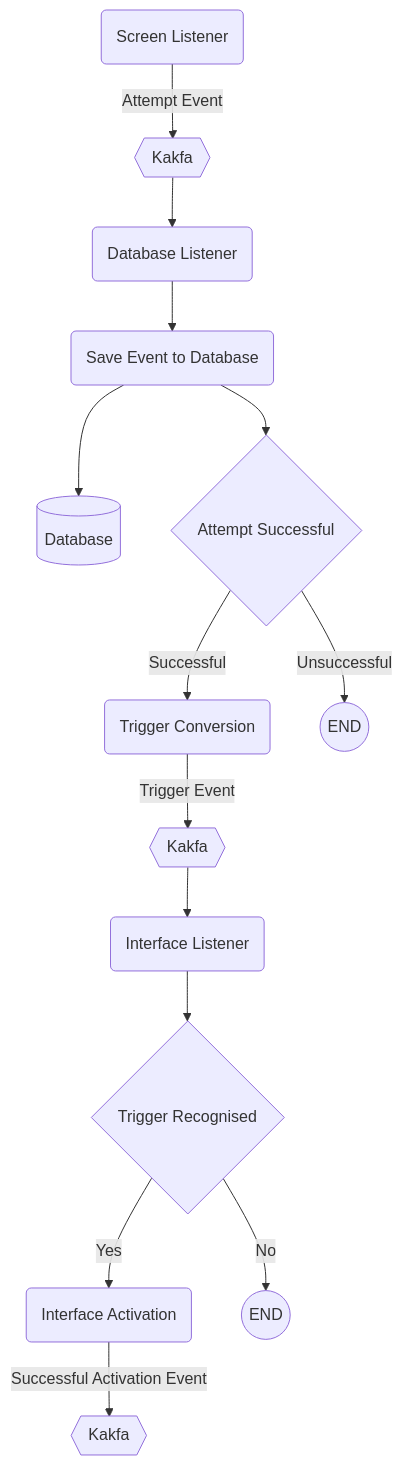
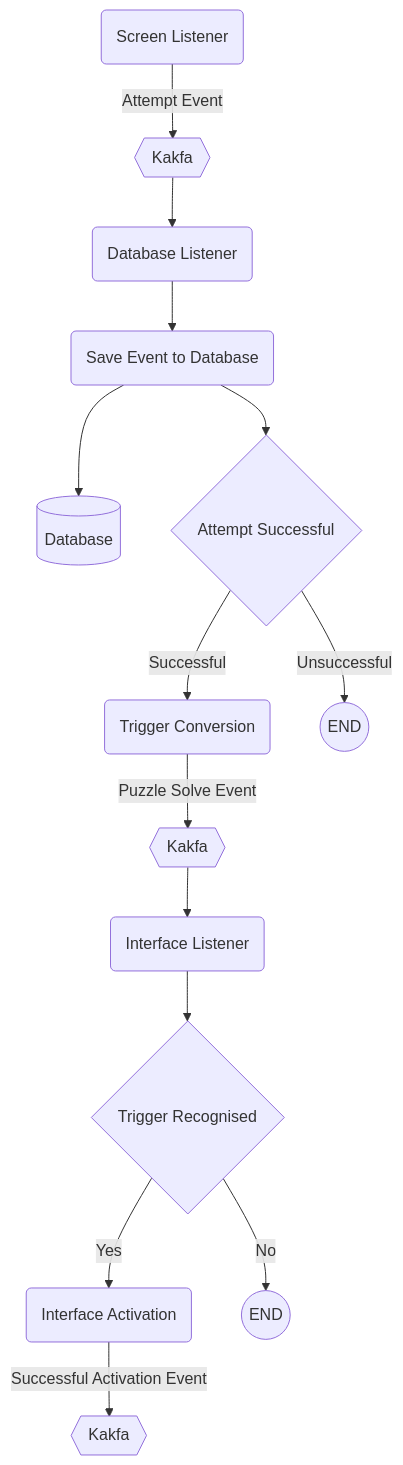
One commit to JacobAGTyler/PuzzleRoomOS changed the diagram in docs/Listener Loop.md. Above: the diagram before and after it, drawn with Mermaid. The commit also changed 57 other files, not shown here.

Commit message:
Updates to Core Flow.

````diff
--- a/docs/Listener Loop.md
+++ b/docs/Listener Loop.md
@@ -9,18 +9,18 @@
 ```mermaid
 flowchart TD
     C(Screen Listener) -->|Attempt Event| K1{{Kakfa}}
     K1 --> D(Database Listener)
     K2{{Kakfa}} --> I(Interface Listener)
 
     D --> E(Save Event to Database)
     E --> ED[(Database)]
     I --> IL{Trigger Recognised}
     IL -->|Yes| F(Interface Activation)
     IL -->|No| Z((END))
     F -->|Successful Activation Event| K3{{Kakfa}}
 
     E --> DL{Attempt Successful}
     DL -->|Successful| DA(Trigger Conversion)
     DL -->|Unsuccessful| Z1((END))
-    DA -->|Trigger Event| K2
+    DA -->|Puzzle Solve Event| K2
 ```
````
